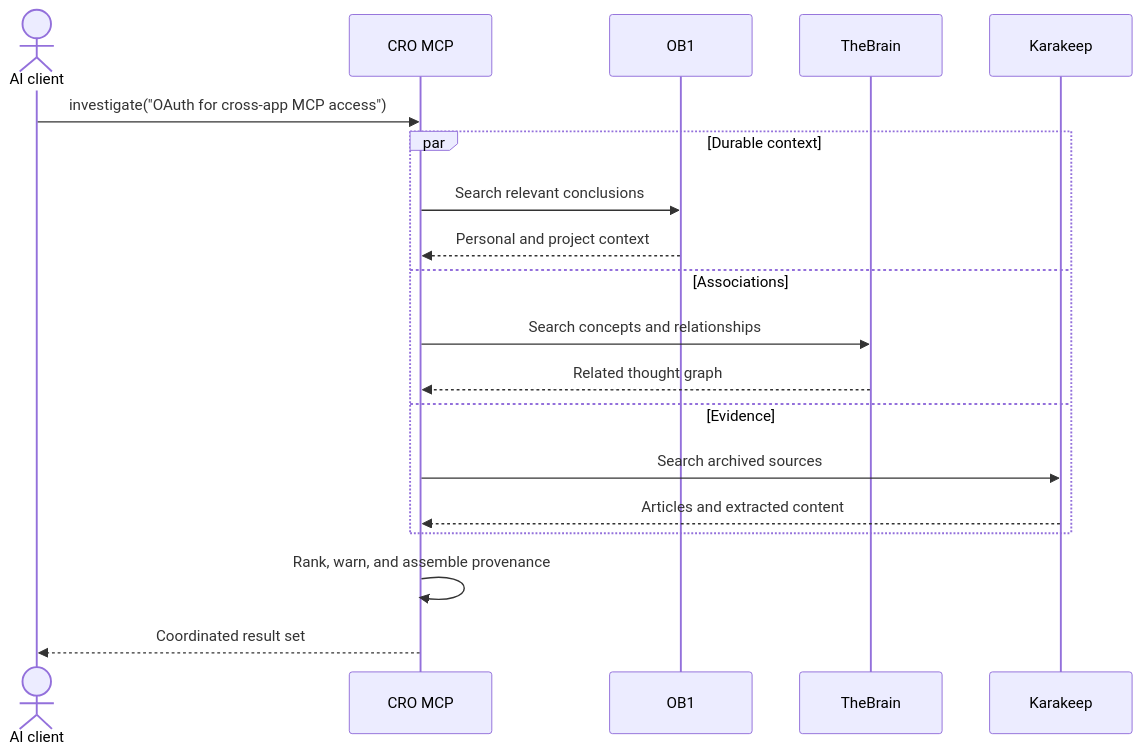
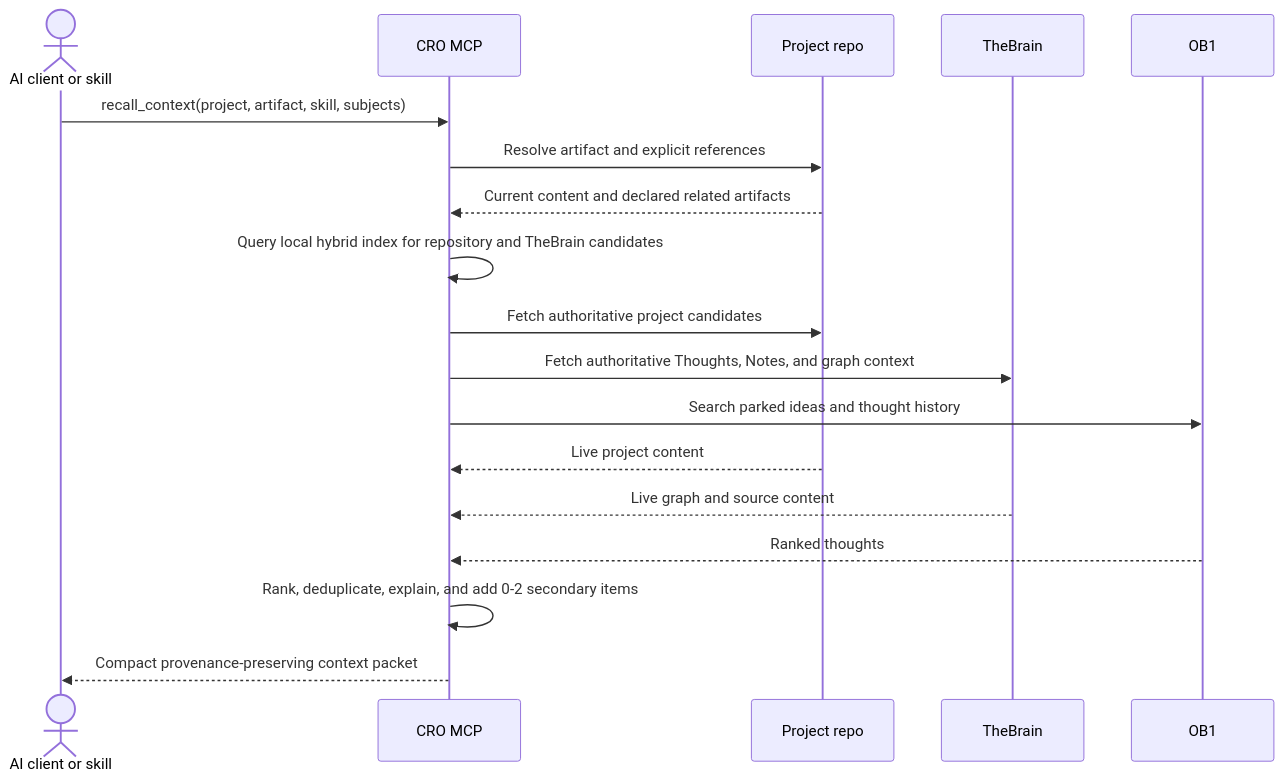
The fourth of 5 diagrams in docs/README.md (KeithBarrows/Cognitive-Research-Orchestrator), drawn with Mermaid before and after one commit. The commit also changed other lines of this file and 13 other files, not shown here.

First line of the commit message:
📐 Establish CRO architecture and capability baseline

````diff
--- a/docs/README.md
+++ b/docs/README.md
@@ -422,22 +390,21 @@
 ```mermaid
 sequenceDiagram
-    actor A as AI client
+    actor A as AI client or skill
     participant M as CRO MCP
+    participant R as Project repo
+    participant T as TheBrain
     participant O as OB1
-    participant T as TheBrain
-    participant K as Karakeep
 
-    A->>M: investigate("OAuth for cross-app MCP access")
-    par Durable context
-        M->>O: Search relevant conclusions
-        O-->>M: Personal and project context
-    and Associations
-        M->>T: Search concepts and relationships
-        T-->>M: Related thought graph
-    and Evidence
-        M->>K: Search archived sources
-        K-->>M: Articles and extracted content
-    end
-    M->>M: Rank, warn, and assemble provenance
-    M-->>A: Coordinated result set
+    A->>M: recall_context(project, artifact, skill, subjects)
+    M->>R: Resolve artifact and explicit references
+    R-->>M: Current content and declared related artifacts
+    M->>M: Query local hybrid index for repository and TheBrain candidates
+    M->>R: Fetch authoritative project candidates
+    M->>T: Fetch authoritative Thoughts, Notes, and graph context
+    M->>O: Search parked ideas and thought history
+    R-->>M: Live project content
+    T-->>M: Live graph and source content
+    O-->>M: Ranked thoughts
+    M->>M: Rank, deduplicate, explain, and add 0-2 secondary items
+    M-->>A: Compact provenance-preserving context packet
 ```
````
